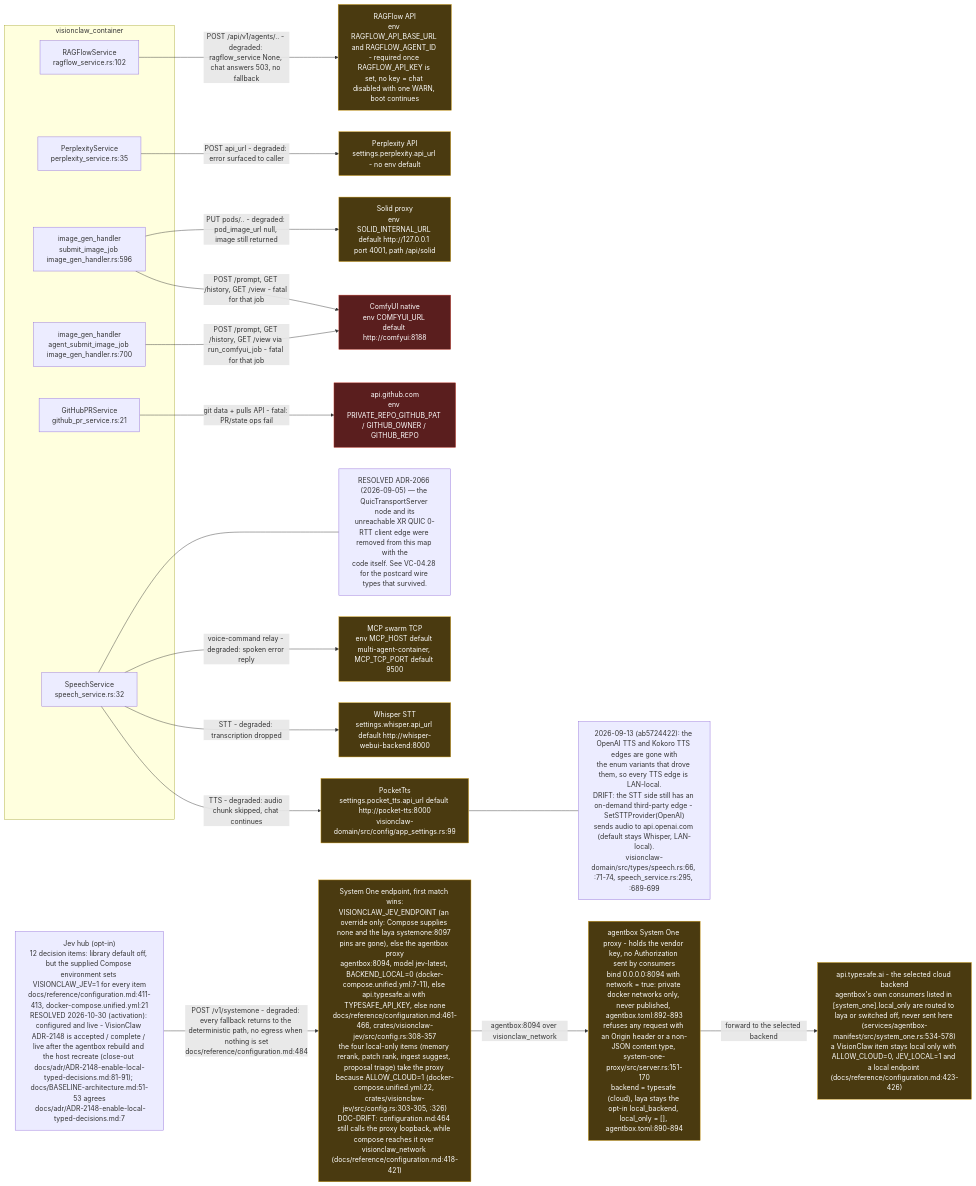
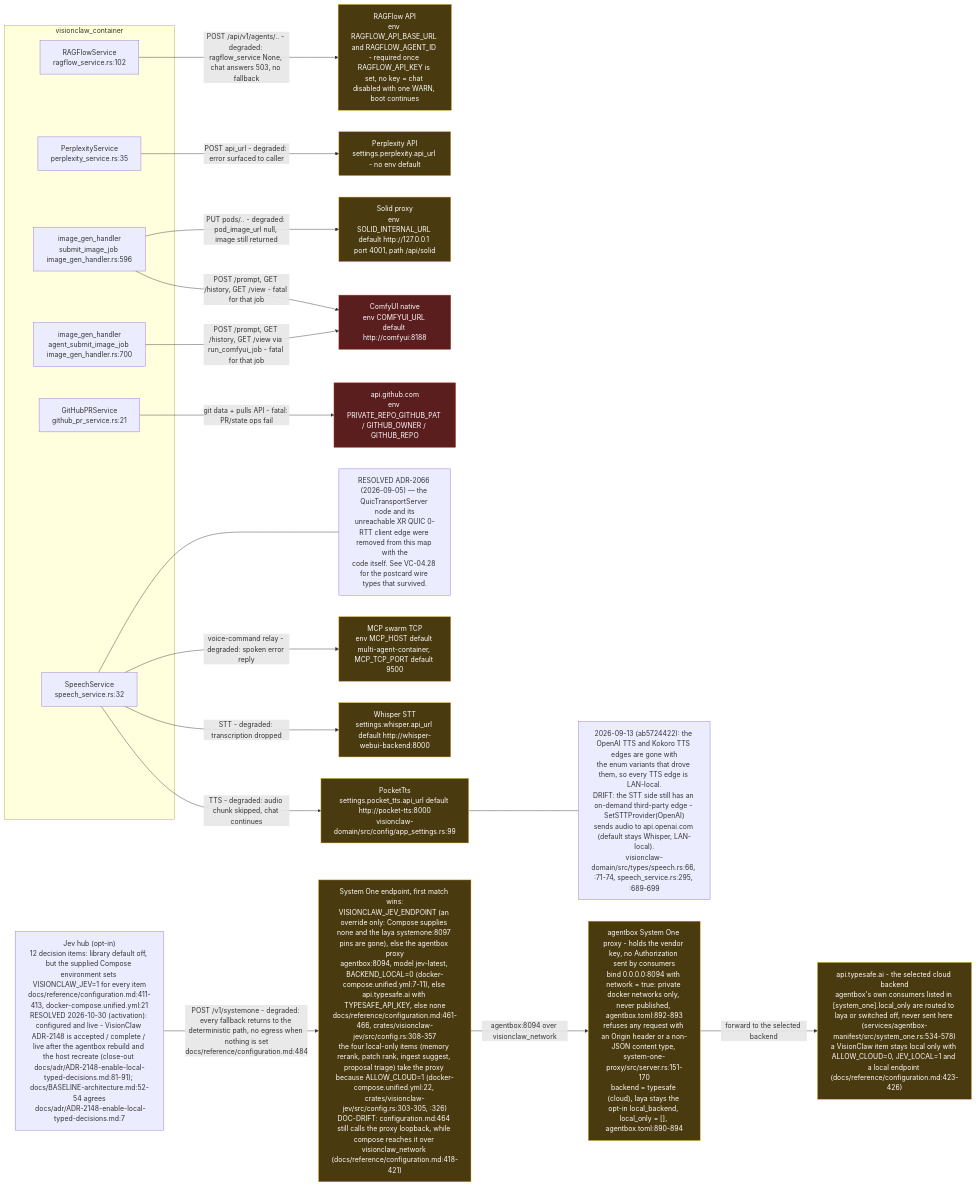
Before and after one commit to DreamLab-AI/VisionFlow: the eighth of 8 diagrams in docs/diagrams/visionclaw/28-external-services.md, drawn with Mermaid. The commit also changed other lines of this file and 46 other files, not shown here.

Commit message:
docs(diagrams): re-verify VisionClaw topics at 809a859aa/a950f4d80 after the consolidation pass

````diff
--- a/docs/diagrams/visionclaw/28-external-services.md
+++ b/docs/diagrams/visionclaw/28-external-services.md
@@ -395,47 +395,47 @@
 ```mermaid
 flowchart LR
     subgraph app["visionclaw_container"]
         RS["RAGFlowService<br/>ragflow_service.rs:102"]
         PS["PerplexityService<br/>perplexity_service.rs:35"]
         IG["image_gen_handler<br/>submit_image_job image_gen_handler.rs:596"]
         AG["image_gen_handler<br/>agent_submit_image_job image_gen_handler.rs:700"]
         GH["GitHubPRService<br/>github_pr_service.rs:21"]
         SS["SpeechService<br/>speech_service.rs:32"]
     end
 
     RF["RAGFlow API<br/>env RAGFLOW_API_BASE_URL and RAGFLOW_AGENT_ID - required once RAGFLOW_API_KEY is set, no key = chat disabled with one WARN, boot continues"]
     PX["Perplexity API<br/>settings.perplexity.api_url - no env default"]
     CFU["ComfyUI native<br/>env COMFYUI_URL default http://comfyui:8188"]
     SOL["Solid proxy<br/>env SOLID_INTERNAL_URL default http://127.0.0.1 port 4001, path /api/solid"]
     GHA["api.github.com<br/>env PRIVATE_REPO_GITHUB_PAT / GITHUB_OWNER / GITHUB_REPO"]
     PT["PocketTts<br/>settings.pocket_tts.api_url default http://pocket-tts:8000<br/>visionclaw-domain/src/config/app_settings.rs:99"]
     WHI["Whisper STT<br/>settings.whisper.api_url default http://whisper-webui-backend:8000"]
     MCPS["MCP swarm TCP<br/>env MCP_HOST default multi-agent-container, MCP_TCP_PORT default 9500"]
 
     RS -->|"POST /api/v1/agents/.. - degraded: ragflow_service None, chat answers 503, no fallback"| RF
     PS -->|"POST api_url - degraded: error surfaced to caller"| PX
     IG -->|"POST /prompt, GET /history, GET /view - fatal for that job"| CFU
     AG -->|"POST /prompt, GET /history, GET /view via run_comfyui_job - fatal for that job"| CFU
     IG -->|"PUT pods/.. - degraded: pod_image_url null, image still returned"| SOL
     GH -->|"git data + pulls API - fatal: PR/state ops fail"| GHA
     SS -->|"TTS - degraded: audio chunk skipped, chat continues"| PT
     SS -->|"STT - degraded: transcription dropped"| WHI
     SS -->|"voice-command relay - degraded: spoken error reply"| MCPS
-    JV["Jev hub (opt-in)<br/>12 decision items: library default off, but the supplied Compose environment sets VISIONCLAW_JEV=1 for every item<br/>docs/reference/configuration.md:411-413, docker-compose.unified.yml:21<br/>RESOLVED 2026-10-30 (activation): configured and live - VisionClaw ADR-2148 is accepted / complete / live after the agentbox rebuild and the host recreate (close-out docs/adr/ADR-2148-enable-local-typed-decisions.md:81-91); docs/BASELINE-architecture.md:51-53 agrees<br/> docs/adr/ADR-2148-enable-local-typed-decisions.md:7"]
+    JV["Jev hub (opt-in)<br/>12 decision items: library default off, but the supplied Compose environment sets VISIONCLAW_JEV=1 for every item<br/>docs/reference/configuration.md:411-413, docker-compose.unified.yml:21<br/>RESOLVED 2026-10-30 (activation): configured and live - VisionClaw ADR-2148 is accepted / complete / live after the agentbox rebuild and the host recreate (close-out docs/adr/ADR-2148-enable-local-typed-decisions.md:81-91); docs/BASELINE-architecture.md:52-54 agrees<br/> docs/adr/ADR-2148-enable-local-typed-decisions.md:7"]
     JEP["System One endpoint, first match wins:<br/>VISIONCLAW_JEV_ENDPOINT (an override only: Compose supplies none and the laya systemone:8097 pins are gone), else the agentbox proxy<br/>agentbox:8094, model jev-latest, BACKEND_LOCAL=0 (docker-compose.unified.yml:7-11), else api.typesafe.ai with TYPESAFE_API_KEY, else none<br/>docs/reference/configuration.md:461-466, crates/visionclaw-jev/src/config.rs:308-357<br/>the four local-only items (memory rerank, patch rank, ingest suggest, proposal triage) take the proxy because ALLOW_CLOUD=1 (docker-compose.unified.yml:22, crates/visionclaw-jev/src/config.rs:303-305, :326)<br/>DOC-DRIFT: configuration.md:464 still calls the proxy loopback, while compose reaches it over visionclaw_network (docs/reference/configuration.md:418-421)"]
     AB["agentbox System One proxy - holds the vendor key, no Authorization sent by consumers<br/>bind 0.0.0.0:8094 with network = true: private docker networks only, never published, agentbox.toml:892-893<br/>refuses any request with an Origin header or a non-JSON content type, system-one-proxy/src/server.rs:151-170<br/>backend = typesafe (cloud), laya stays the opt-in local_backend, local_only = [], agentbox.toml:890-894"]
     TS["api.typesafe.ai - the selected cloud backend<br/>agentbox's own consumers listed in [system_one].local_only are routed to laya or switched off, never sent here (services/agentbox-manifest/src/system_one.rs:534-578)<br/>a VisionClaw item stays local only with ALLOW_CLOUD=0, JEV_LOCAL=1 and a local endpoint (docs/reference/configuration.md:423-426)"]
     JV -->|"POST /v1/systemone - degraded: every fallback returns to the deterministic path, no egress when nothing is set<br/>docs/reference/configuration.md:484"| JEP
     JEP -->|"agentbox:8094 over visionclaw_network"| AB
     AB -->|"forward to the selected backend"| TS
 
     N1["RESOLVED ADR-2066 (2026-09-05) — the QuicTransportServer node and its<br/>unreachable XR QUIC 0-RTT client edge were removed from this map with the<br/>code itself. See VC-04.28 for the postcard wire types that survived."]
     SS --- N1
     N2["2026-09-13 (ab5724422): the OpenAI TTS and Kokoro TTS edges are gone with<br/>the enum variants that drove them, so every TTS edge is LAN-local.<br/>DRIFT: the STT side still has an on-demand third-party edge - SetSTTProvider(OpenAI)<br/>sends audio to api.openai.com (default stays Whisper, LAN-local).<br/>visionclaw-domain/src/types/speech.rs:66, :71-74, speech_service.rs:295, :689-699"]
     PT --- N2
 
     classDef fatal fill:#5a1e1e,stroke:#c0392b,color:#fff
     classDef degraded fill:#4a3a10,stroke:#d4a017,color:#fff
     class GHA,CFU fatal
     class RF,PX,SOL,PT,WHI,MCPS,JEP,AB,TS degraded
 ```
````
